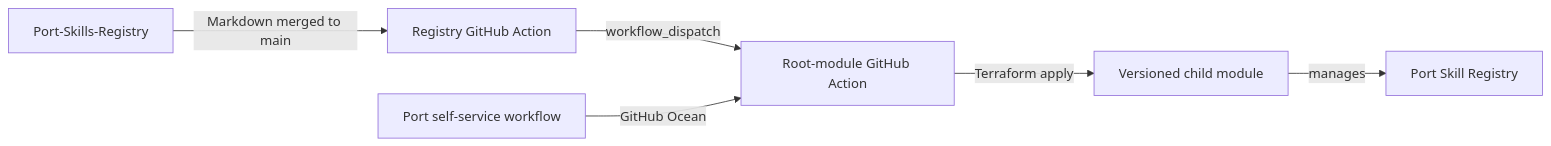
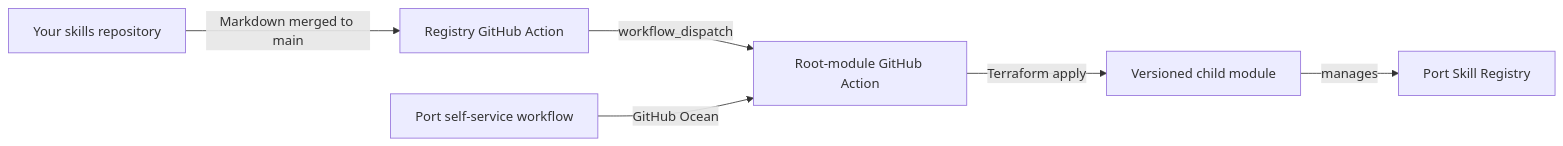
One commit to sce81/terraform-port-skills-root-module changed the diagram in README.md. Above: the diagram before and after it, drawn with Mermaid. The commit also changed other lines of this file and 3 other files, not shown here.

First line of the commit message:
Make skills registry source configurable

````diff
--- a/README.md
+++ b/README.md
@@ -19,8 +19,8 @@
 ```mermaid
 flowchart LR
-  Registry["Port-Skills-Registry"] -->|"Markdown merged to main"| Trigger["Registry GitHub Action"]
+  Registry["Your skills repository"] -->|"Markdown merged to main"| Trigger["Registry GitHub Action"]
   Trigger -->|"workflow_dispatch"| Sync["Root-module GitHub Action"]
   Port["Port self-service workflow"] -->|"GitHub Ocean"| Sync
   Sync -->|"Terraform apply"| Child["Versioned child module"]
   Child -->|"manages"| Skills["Port Skill Registry"]
 ```
````
